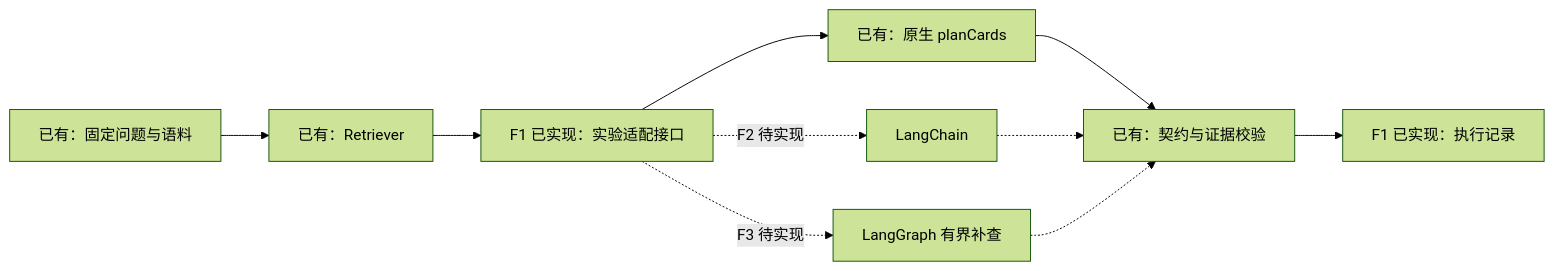
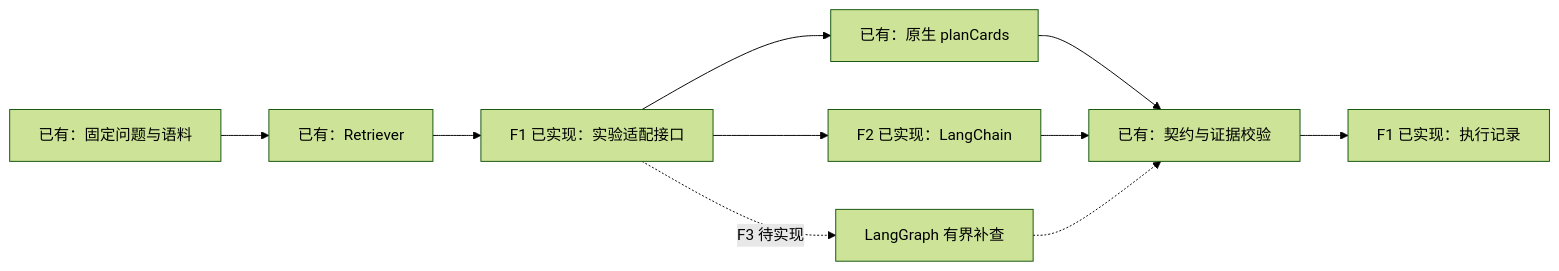
One commit to yuki-uix/rag-generative-ui-explorer changed the diagram in eval/framework/README.md. Above: the diagram before and after it, drawn with Mermaid (forest theme). The commit also changed other lines of this file and 19 other files, not shown here.

Commit message:
feat: compare LangChain with the native card planner

````diff
--- a/eval/framework/README.md
+++ b/eval/framework/README.md
@@ -96,12 +133,12 @@
 ```mermaid
 flowchart LR
   Q["已有：固定问题与语料"] --> R["已有：Retriever"]
   R --> A["F1 已实现：实验适配接口"]
   A --> N["已有：原生 planCards"]
-  A -. "F2 待实现" .-> L["LangChain"]
+  A --> L["F2 已实现：LangChain"]
   A -. "F3 待实现" .-> G["LangGraph 有界补查"]
   N --> V["已有：契约与证据校验"]
-  L -.-> V
+  L --> V
   G -.-> V
   V --> O["F1 已实现：执行记录"]
 ```
````
